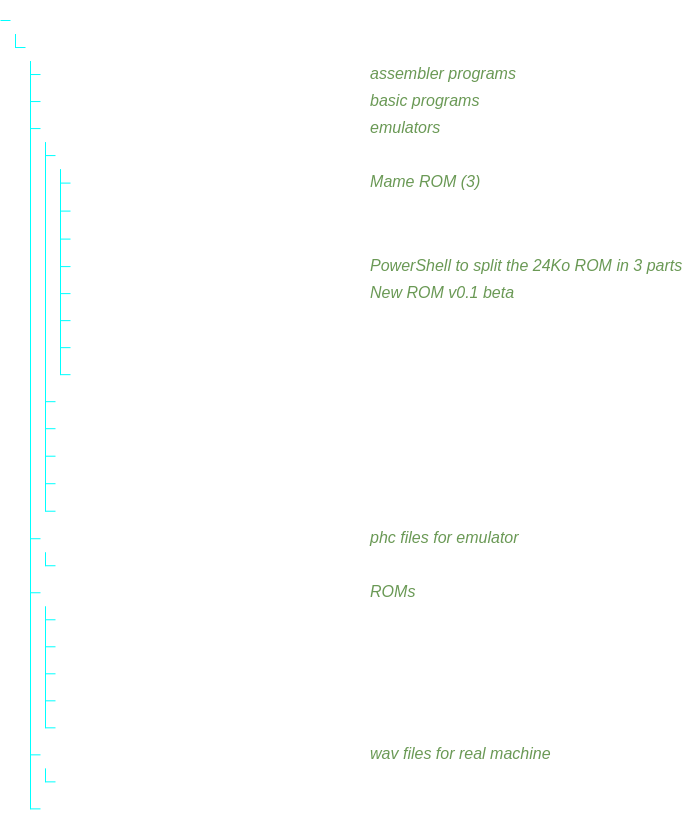
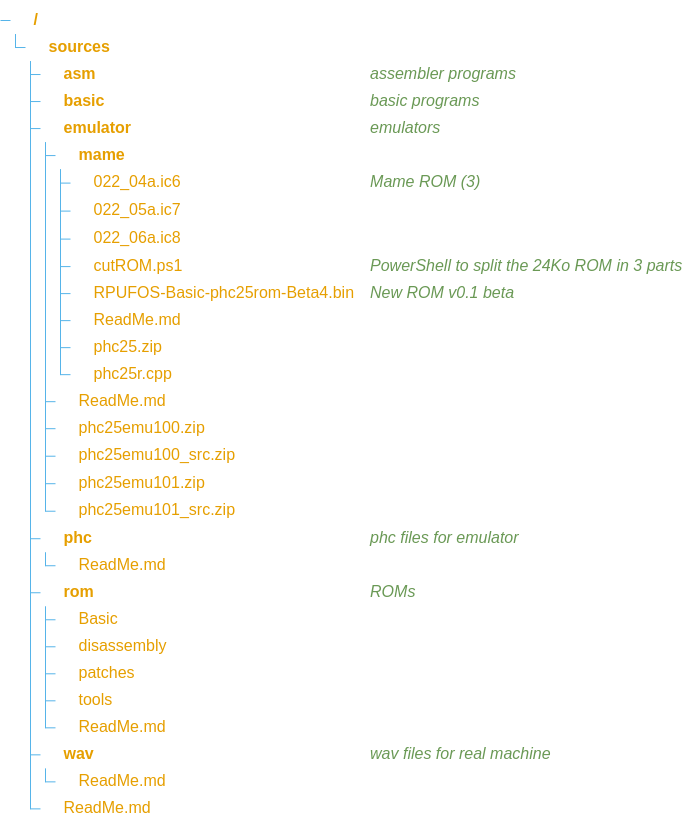
Before and after one commit to VFD/SanyoPHC25: the diagram in library/sources/ReadMe.md, drawn with Mermaid.

````diff
--- a/library/sources/ReadMe.md
+++ b/library/sources/ReadMe.md
@@ -14,43 +14,43 @@
 ```mermaid
 ---
 config:
   treeView:
     showIcons: true
   themeVariables:
       treeView:
-        labelColor: '#ffffff'
-        lineColor: '#00FFFF'
+        labelColor: '#E69F00'
+        lineColor: '#56B4E9'
 ---
 
 treeView-beta
 
 sources/
   asm/         ## assembler programs
   basic/       ## basic programs
   emulator/    ## emulators
     mame/
       022_04a.ic6         ## Mame ROM (3)
       022_05a.ic7
       022_06a.ic8
       cutROM.ps1          ## PowerShell to split the 24Ko ROM in 3 parts
       RPUFOS-Basic-phc25rom-Beta4.bin    ## New ROM v0.1 beta
       ReadMe.md
       phc25.zip
       phc25r.cpp
     ReadMe.md
     phc25emu100.zip
     phc25emu100_src.zip
     phc25emu101.zip
     phc25emu101_src.zip
   phc/         ## phc files for emulator
     ReadMe.md
   rom/         ## ROMs
     Basic
     disassembly
     patches
     tools
     ReadMe.md
   wav/         ## wav files for real machine
     ReadMe.md
   ReadMe.md
 ```
````
